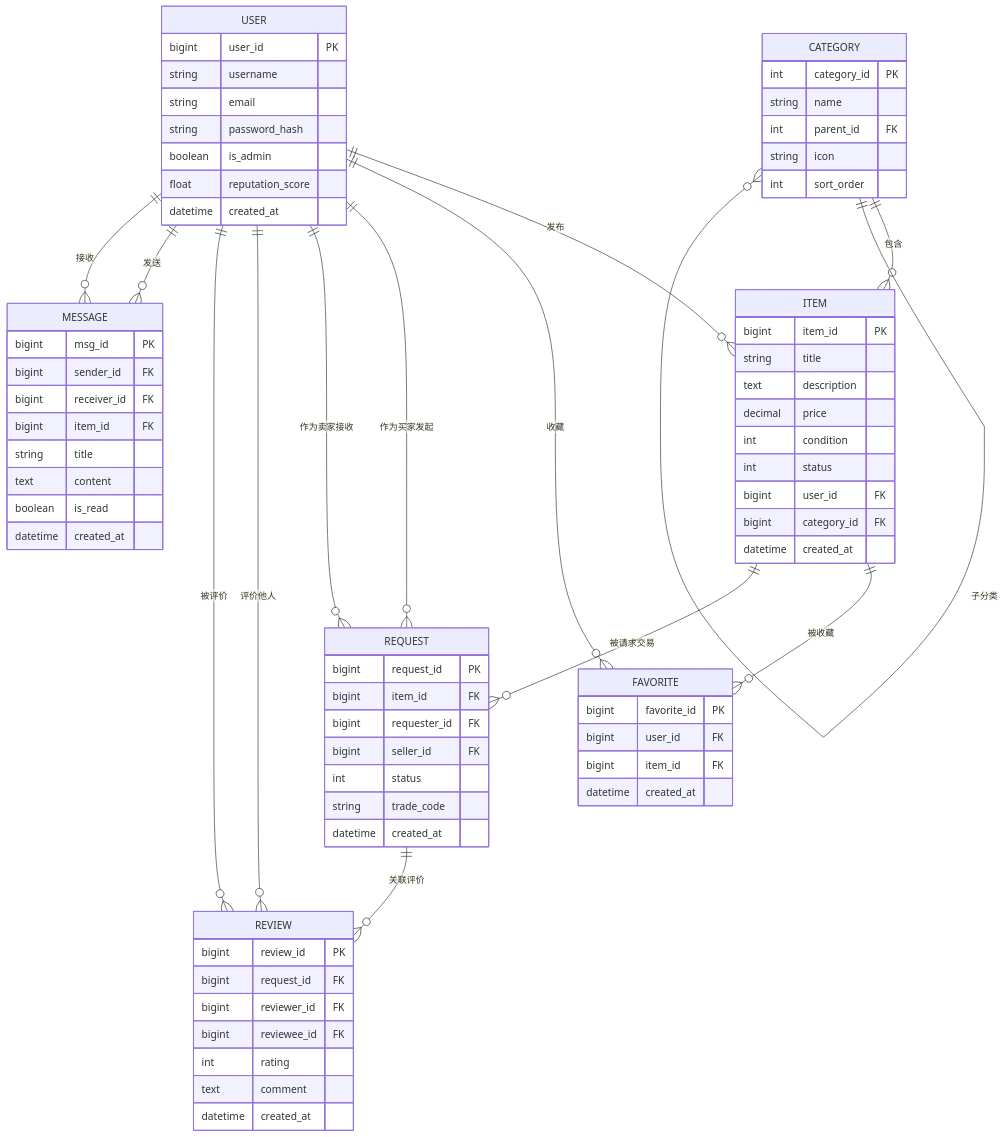
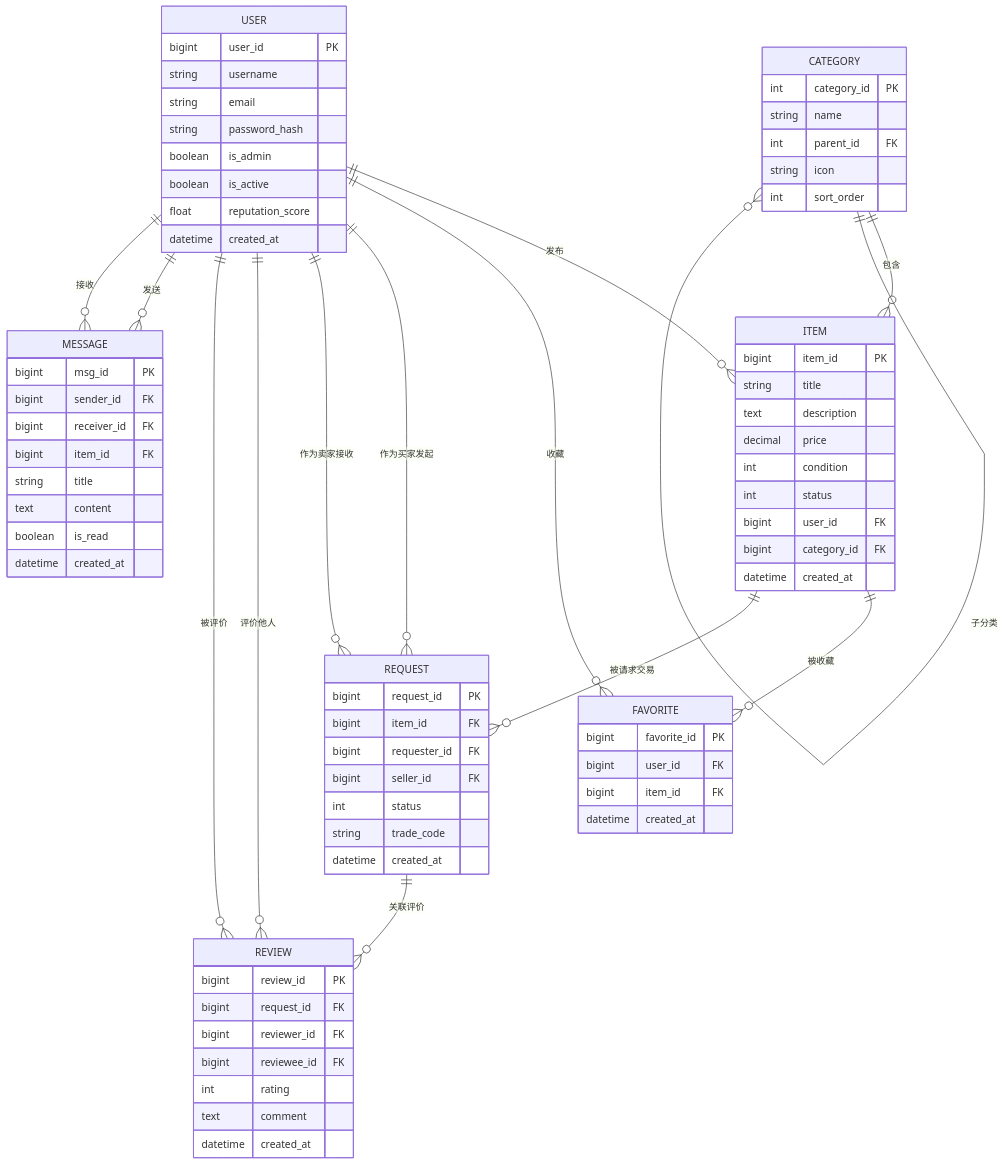
The second of 4 diagrams in 项目报告.md (YapengEcho/EcoMarket), drawn with Mermaid before and after one commit. The commit also changed other lines of this file and 16 other files, not shown here.

````diff
--- a/项目报告.md
+++ b/项目报告.md
@@ -116,78 +116,79 @@
 ```mermaid
 erDiagram
     USER ||--o{ ITEM : "发布"
     USER ||--o{ FAVORITE : "收藏"
     ITEM ||--o{ FAVORITE : "被收藏"
     CATEGORY ||--o{ ITEM : "包含"
     CATEGORY ||--o{ CATEGORY : "子分类"
     USER ||--o{ REQUEST : "作为买家发起"
     USER ||--o{ REQUEST : "作为卖家接收"
     ITEM ||--o{ REQUEST : "被请求交易"
     USER ||--o{ REVIEW : "评价他人"
     USER ||--o{ REVIEW : "被评价"
     REQUEST ||--o{ REVIEW : "关联评价"
     USER ||--o{ MESSAGE : "发送"
     USER ||--o{ MESSAGE : "接收"
 
     USER {
         bigint user_id PK
         string username
         string email
         string password_hash
         boolean is_admin
+        boolean is_active
         float reputation_score
         datetime created_at
     }
     CATEGORY {
         int category_id PK
         string name
         int parent_id FK
         string icon
         int sort_order
     }
     ITEM {
         bigint item_id PK
         string title
         text description
         decimal price
         int condition
         int status
         bigint user_id FK
         bigint category_id FK
         datetime created_at
     }
     REQUEST {
         bigint request_id PK
         bigint item_id FK
         bigint requester_id FK
         bigint seller_id FK
         int status
         string trade_code
         datetime created_at
     }
     REVIEW {
         bigint review_id PK
         bigint request_id FK
         bigint reviewer_id FK
         bigint reviewee_id FK
         int rating
         text comment
         datetime created_at
     }
     MESSAGE {
         bigint msg_id PK
         bigint sender_id FK
         bigint receiver_id FK
         bigint item_id FK
         string title
         text content
         boolean is_read
         datetime created_at
     }
     FAVORITE {
         bigint favorite_id PK
         bigint user_id FK
         bigint item_id FK
         datetime created_at
     }
 ```
````
